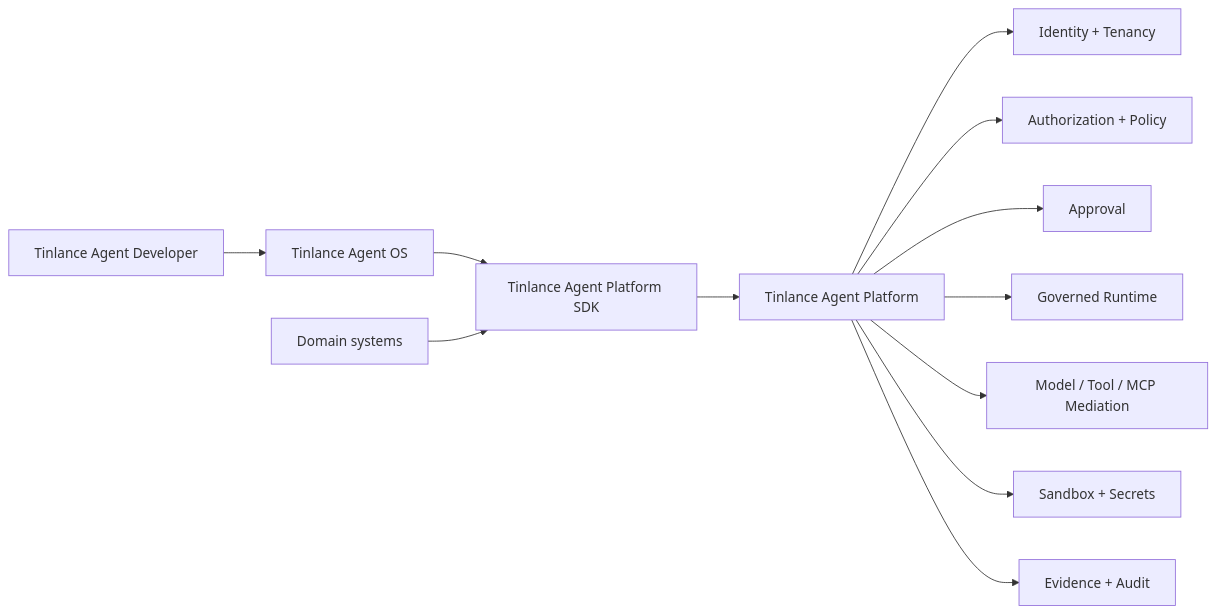
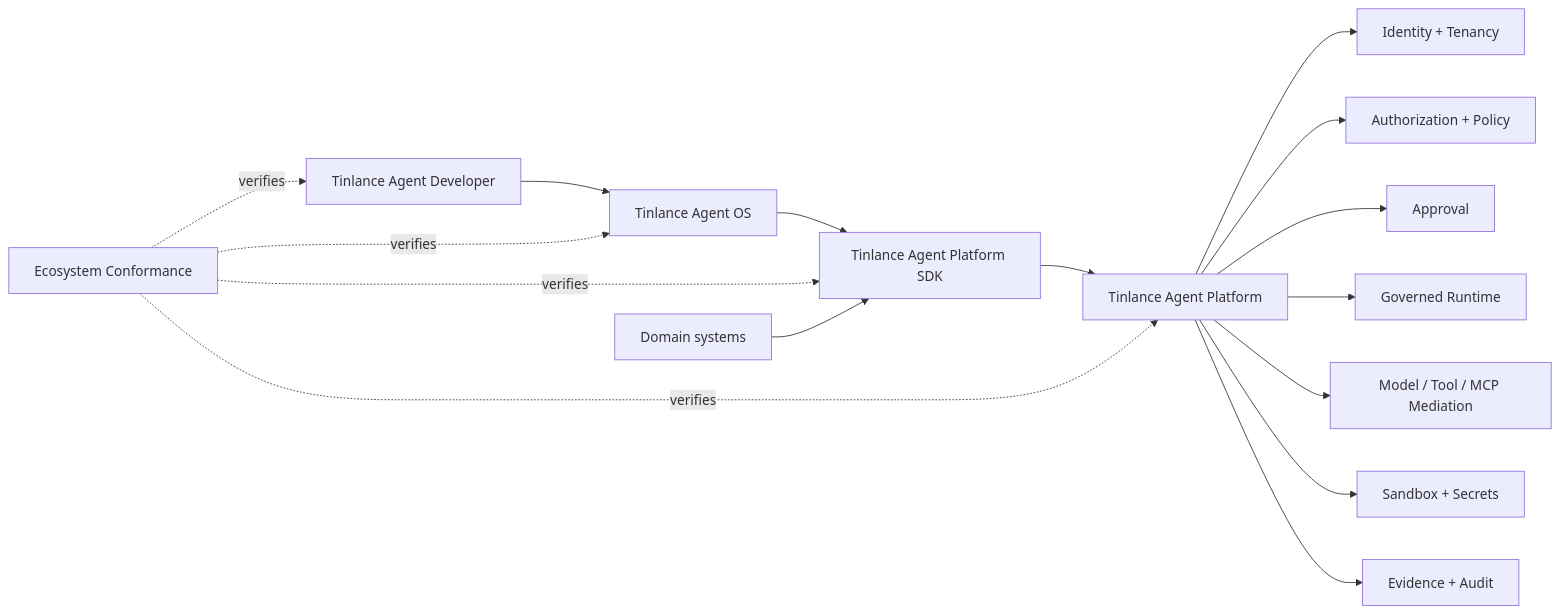
One commit to LloydCoder/tinlance-agent-platform changed the diagram in README.md. Above: the diagram before and after it, drawn with Mermaid. The commit also changed other lines of this file and 2 other files, not shown here.

Commit message:
docs: reconcile ecosystem conformance (#67)
* docs: add ecosystem conformance reference

* docs: reconcile ecosystem conformance flow

* docs: surface ecosystem conformance

```diff
--- a/README.md
+++ b/README.md
@@ -15,14 +15,18 @@
 ~~~mermaid
 flowchart LR
     D[Tinlance Agent Developer] --> OS[Tinlance Agent OS]
     OS --> SDK[Tinlance Agent Platform SDK]
     SDK --> P[Tinlance Agent Platform]
     P --> ID[Identity + Tenancy]
     P --> AUTH[Authorization + Policy]
     P --> APP[Approval]
     P --> RUN[Governed Runtime]
     P --> TOOL[Model / Tool / MCP Mediation]
     P --> SB[Sandbox + Secrets]
     P --> EV[Evidence + Audit]
+    C[Ecosystem Conformance] -. verifies .-> D
+    C -. verifies .-> OS
+    C -. verifies .-> SDK
+    C -. verifies .-> P
     DOMAIN[Domain systems] --> SDK
 ~~~
```
